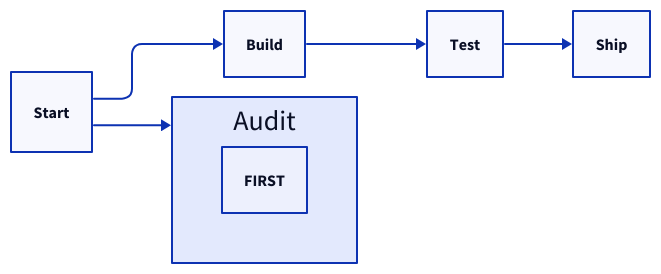
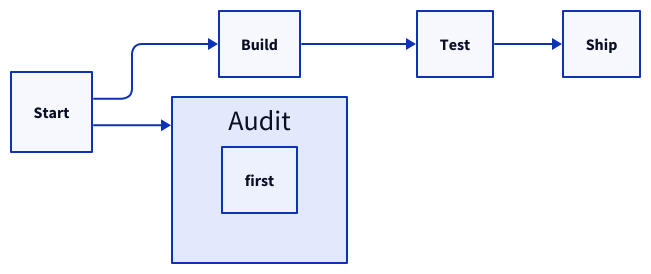
One commit to d2lang/d2-docs changed the diagram in static/d2/elk-audit-layer-first.d2. Above: the diagram before and after it, drawn with D2. The commit also changed 8 other files, not shown here.

```diff
--- a/static/d2/elk-audit-layer-first.d2
+++ b/static/d2/elk-audit-layer-first.d2
@@ -1,11 +1,11 @@
 vars: {
   d2-config: {
     layout-engine: elk
   }
 }
 
 direction: right
 
 Start -> Build -> Test -> Ship
 Start -> Audit
-Audit.elk-layer-constraint: FIRST
+Audit.elk-layer-constraint: first
```
